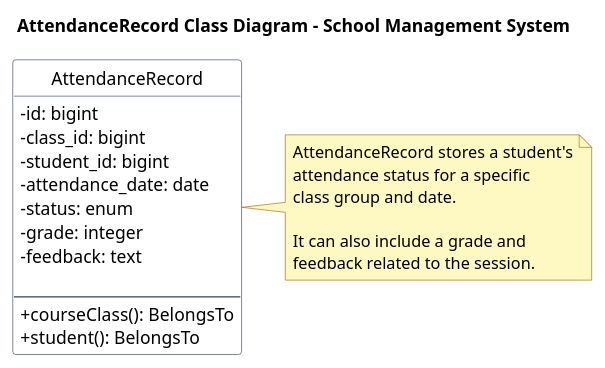
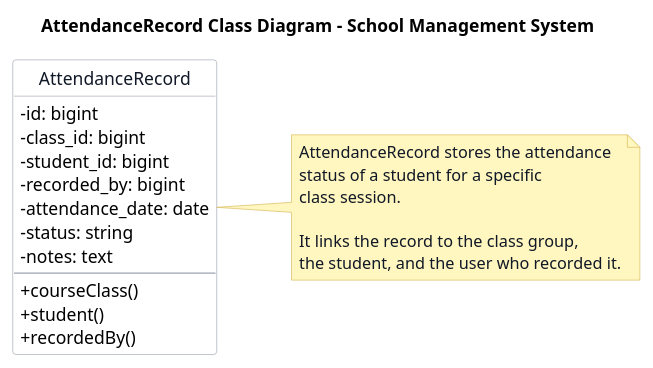
One commit to chihab2002-11/speakly changed the diagram in docs/uml/class-diagram-AttendanceRecord.puml. Above: the diagram before and after it, drawn with PlantUML. The commit also changed 19 other files, not shown here.

```diff
--- a/docs/uml/class-diagram-AttendanceRecord.puml
+++ b/docs/uml/class-diagram-AttendanceRecord.puml
@@ -1,38 +1,49 @@
 @startuml
 title AttendanceRecord Class Diagram - School Management System
 
+left to right direction
 hide circle
 
 skinparam classAttributeIconSize 0
 skinparam shadowing false
+skinparam linetype ortho
 skinparam backgroundColor white
 skinparam defaultFontName Arial
-skinparam ClassBorderColor #334155
-skinparam ClassBackgroundColor white
-skinparam NoteBackgroundColor #FEF9C3
-skinparam NoteBorderColor #A16207
+
+skinparam class {
+  BorderColor #9CA3AF
+  BackgroundColor white
+  FontColor #111827
+  HeaderBackgroundColor white
+}
+
+skinparam note {
+  BackgroundColor #FFF7BF
+  BorderColor #D6B656
+  FontColor #111827
+}
 
 class AttendanceRecord {
   -id: bigint
   -class_id: bigint
   -student_id: bigint
+  -recorded_by: bigint
   -attendance_date: date
-  -status: enum
-  -grade: integer
-  -feedback: text
-
+  -status: string
+  -notes: text
   --
-  +courseClass(): BelongsTo
-  +student(): BelongsTo
+  +courseClass()
+  +student()
+  +recordedBy()
 }
 
 note right of AttendanceRecord
-AttendanceRecord stores a student's
-attendance status for a specific
-class group and date.
+  AttendanceRecord stores the attendance
+  status of a student for a specific
+  class session.
 
-It can also include a grade and
-feedback related to the session.
+  It links the record to the class group,
+  the student, and the user who recorded it.
 end note
 
 @enduml
```
